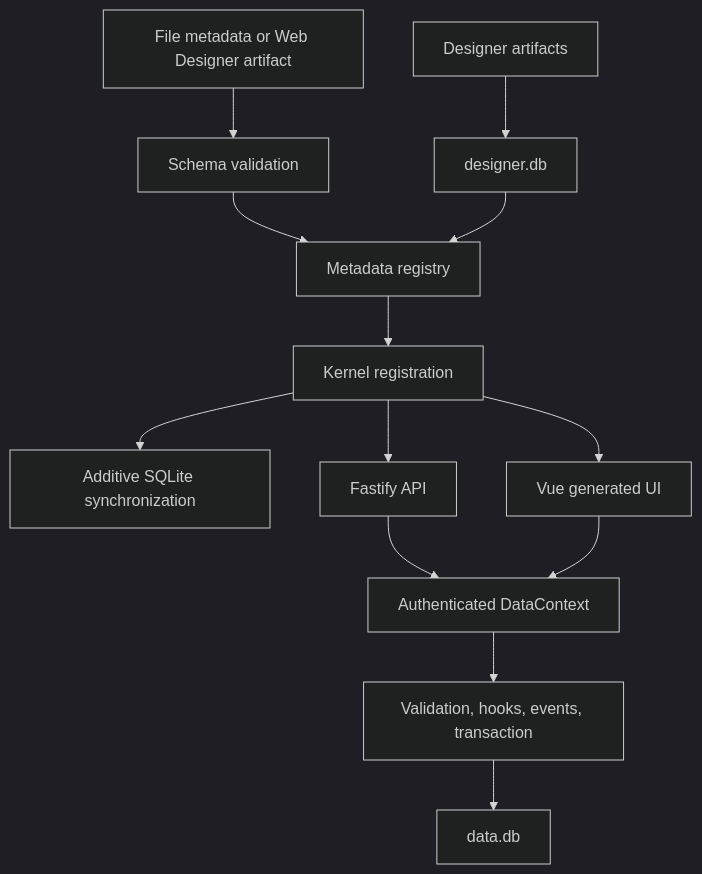
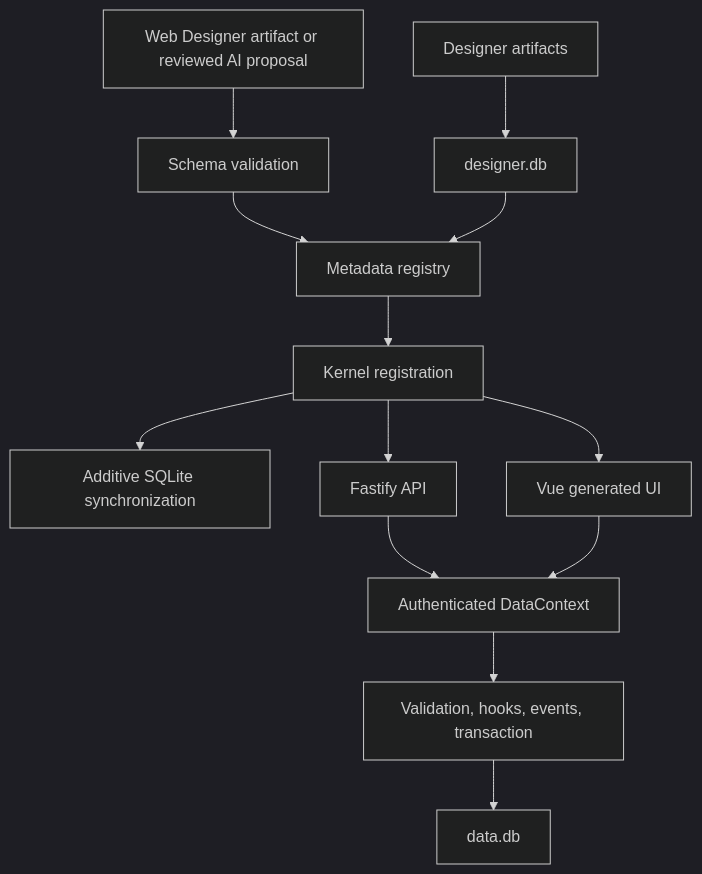
The diagram in developer/architecture.md (emu479p01/emu-framework-docs), drawn with Mermaid (dark theme) before and after one commit. The commit also changed other lines of this file and 28 other files, not shown here.

````diff
--- a/developer/architecture.md
+++ b/developer/architecture.md
@@ -17,15 +17,15 @@
 ```mermaid
 flowchart TD
-    A[File metadata or Web Designer artifact] --> B[Schema validation]
+    A[Web Designer artifact or reviewed AI proposal] --> B[Schema validation]
     B --> C[Metadata registry]
     C --> D[Kernel registration]
     D --> E[Additive SQLite synchronization]
     D --> F[Fastify API]
     D --> G[Vue generated UI]
     F --> H[Authenticated DataContext]
     G --> H
     H --> I[Validation, hooks, events, transaction]
     I --> J[data.db]
     K[Designer artifacts] --> L[designer.db]
     L --> C
 ```
````
